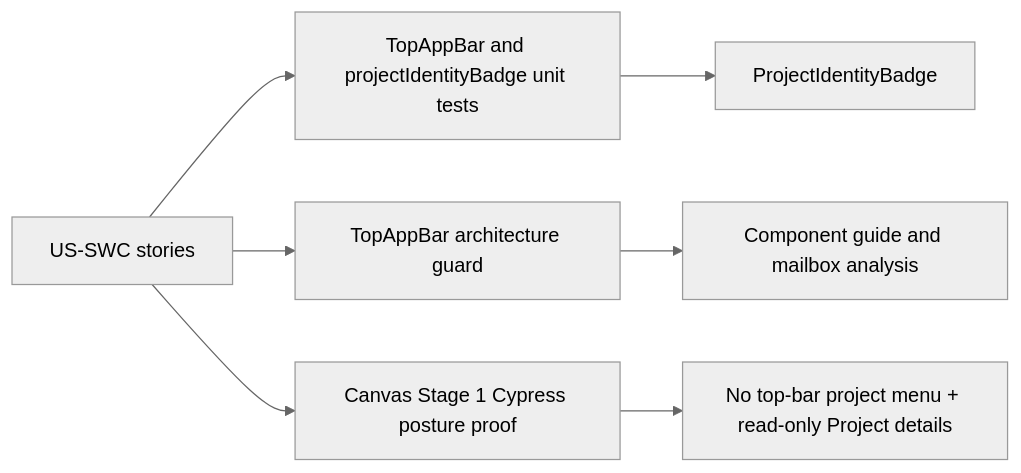
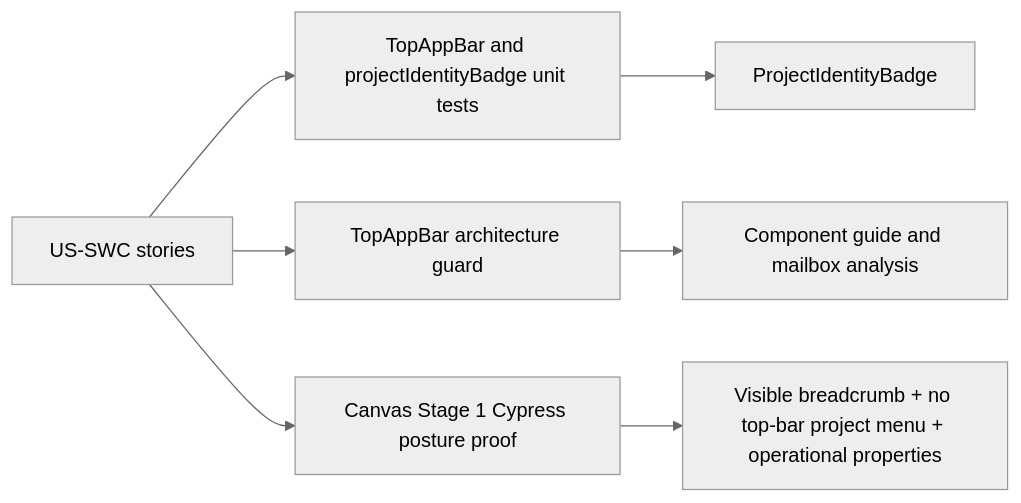
One commit to dunay2/dvt changed the fourth of 4 diagrams in docs/architecture/components/web/appshell/shell-workspace-context-component.md. Above: the diagram before and after it, drawn with Mermaid (neutral theme). The commit also changed other lines of this file and 14 other files, not shown here.

Commit message:
refactor(web): Show workspace breadcrumb and consolidate project properties (#3848)

````diff
--- a/docs/architecture/components/web/appshell/shell-workspace-context-component.md
+++ b/docs/architecture/components/web/appshell/shell-workspace-context-component.md
@@ -279,9 +283,9 @@
 ```mermaid
 flowchart LR
   Stories["US-SWC stories"] --> Unit["TopAppBar and projectIdentityBadge unit tests"]
   Stories --> Arch["TopAppBar architecture guard"]
   Stories --> Browser["Canvas Stage 1 Cypress posture proof"]
   Arch --> Docs["Component guide and mailbox analysis"]
   Unit --> Model["ProjectIdentityBadge"]
-  Browser --> Posture["No top-bar project menu + read-only Project details"]
+  Browser --> Posture["Visible breadcrumb + no top-bar project menu + operational properties"]
 ```
````
